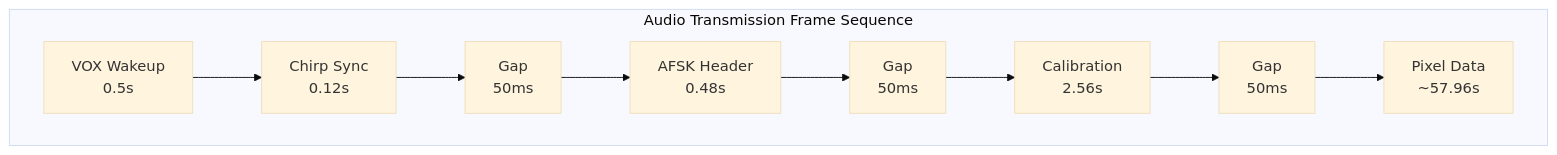
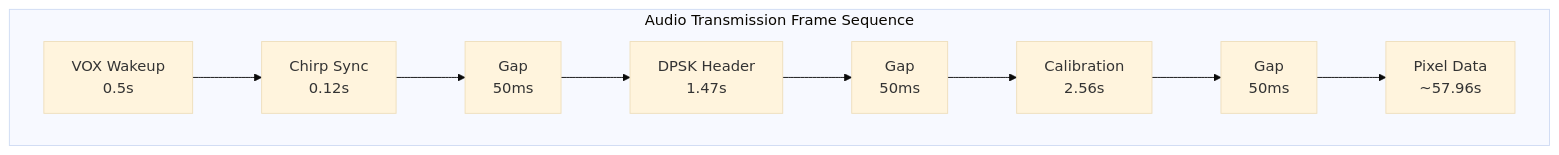
The first of 2 diagrams in docs/protocol.md (srtux/PicTalkie-1), drawn with Mermaid (base theme) before and after one commit. The commit also changed other lines of this file and 17 other files, not shown here.

````diff
--- a/docs/protocol.md
+++ b/docs/protocol.md
@@ -58,13 +58,13 @@
 ```mermaid
 graph LR
     subgraph Frame["Audio Transmission Frame Sequence"]
         direction LR
         A["VOX Wakeup<br>0.5s"] --> B["Chirp Sync<br>0.12s"]
         B --> C["Gap<br>50ms"]
-        C --> D["AFSK Header<br>0.48s"]
+        C --> D["DPSK Header<br>1.47s"]
         D --> E["Gap<br>50ms"]
         E --> F["Calibration<br>2.56s"]
         F --> G["Gap<br>50ms"]
         G --> H["Pixel Data<br>~57.96s"]
     end
 ```
````
